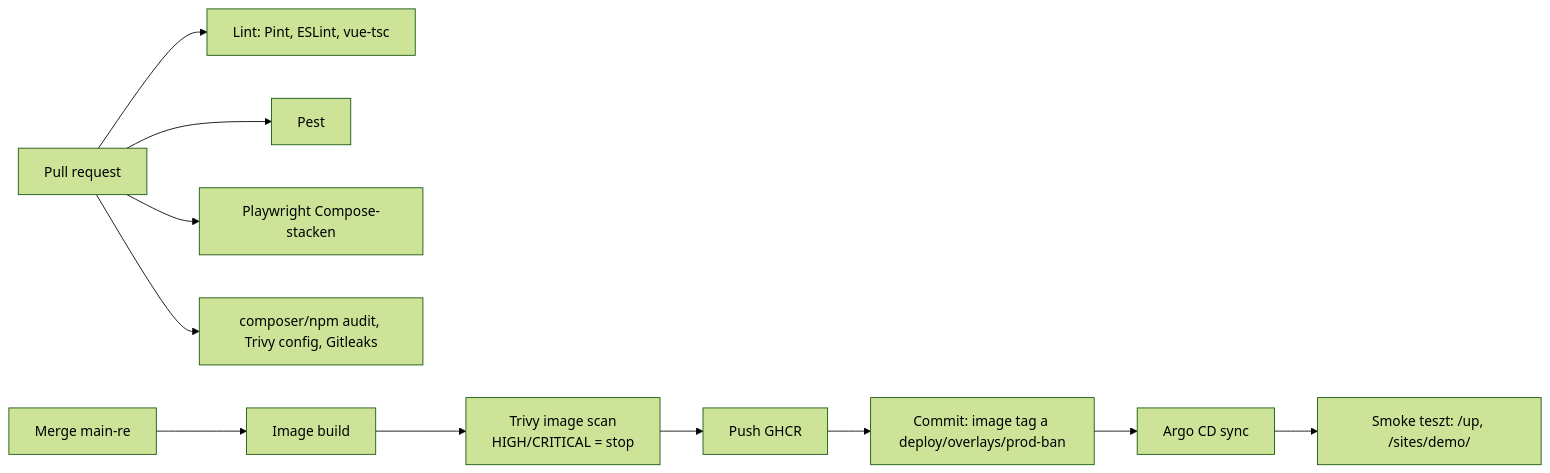
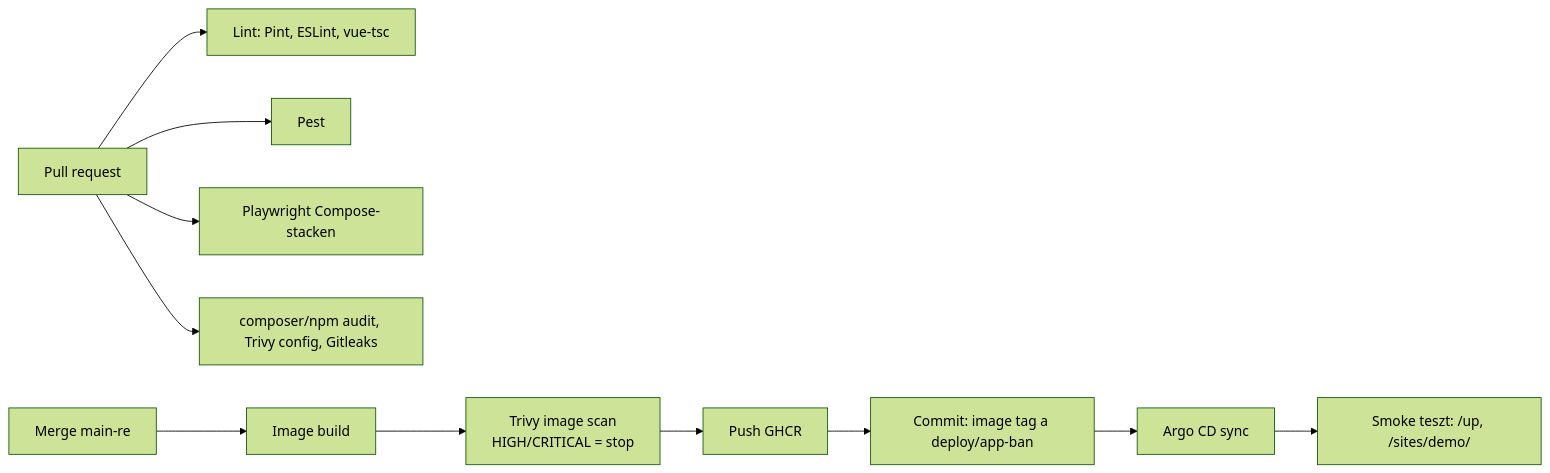
Before and after one commit to Pgabo99/PageBuilder: the diagram in docs/devops.md, drawn with Mermaid (forest theme). The commit also changed other lines of this file and 1 other file, not shown here.

````diff
--- a/docs/devops.md
+++ b/docs/devops.md
@@ -51,13 +51,13 @@
 ```mermaid
 flowchart LR
   pr[Pull request] --> lint[Lint: Pint, ESLint, vue-tsc]
   pr --> test[Pest]
   pr --> e2e[Playwright Compose-stacken]
   pr --> scan1[composer/npm audit, Trivy config, Gitleaks]
   main[Merge main-re] --> build[Image build]
   build --> scan2[Trivy image scan<br/>HIGH/CRITICAL = stop]
   scan2 --> push[Push GHCR]
-  push --> bump[Commit: image tag a deploy/overlays/prod-ban]
+  push --> bump[Commit: image tag a deploy/app-ban]
   bump --> argo[Argo CD sync]
   argo --> smoke[Smoke teszt: /up, /sites/demo/]
 ```
````
